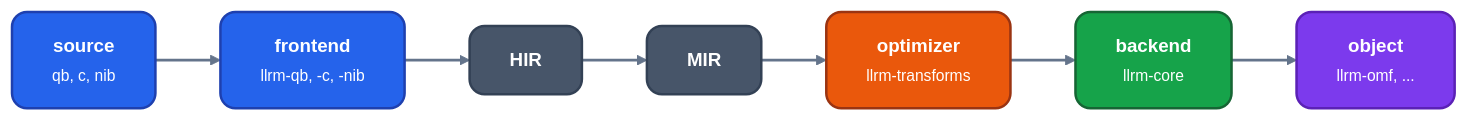
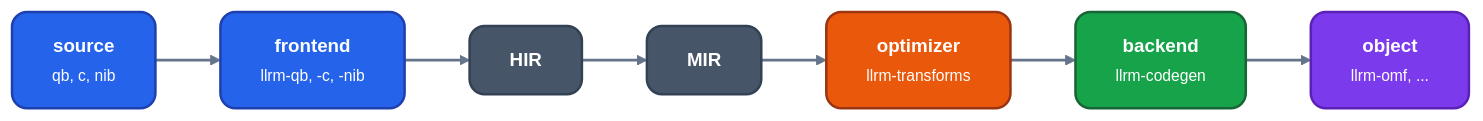
One commit to ali-mosavian/llrm changed the first of 4 diagrams in docs/reference/crates.md. Above: the diagram before and after it, drawn with Mermaid. The commit also changed other lines of this file and 820 other files, not shown here.

Commit message:
refactor(layout): llrm-core becomes crates/codegen/llrm-codegen

````diff
--- a/docs/reference/crates.md
+++ b/docs/reference/crates.md
@@ -11,23 +11,23 @@
 ```mermaid
 %%{init: {'theme':'base','themeVariables':{'fontFamily':'Segoe UI, Helvetica Neue, Arial, DejaVu Sans, sans-serif','fontSize':'15px','primaryColor':'#475569','primaryTextColor':'#ffffff','primaryBorderColor':'#334155','lineColor':'#64748b','secondaryColor':'#475569','tertiaryColor':'transparent','clusterBkg':'transparent','clusterBorder':'#64748b','edgeLabelBackground':'#334155','textColor':'#64748b','titleColor':'#64748b'},'flowchart':{'curve':'basis','nodeSpacing':38,'rankSpacing':52,'padding':16,'wrappingWidth':360,'htmlLabels':true,'useMaxWidth':true}}}%%
 flowchart LR
   classDef src fill:#2563eb,stroke:#1e40af,stroke-width:2px,color:#ffffff,rx:12px,ry:12px
   classDef mid fill:#475569,stroke:#334155,stroke-width:2px,color:#ffffff,rx:12px,ry:12px
   classDef opt fill:#ea580c,stroke:#9a3412,stroke-width:2px,color:#ffffff,rx:12px,ry:12px
   classDef out fill:#16a34a,stroke:#166534,stroke-width:2px,color:#ffffff,rx:12px,ry:12px
   classDef data fill:#7c3aed,stroke:#5b21b6,stroke-width:2px,color:#ffffff,rx:12px,ry:12px
   linkStyle default stroke:#64748b,stroke-width:2.2px
   src["<b>source</b><br/><small>qb, c, nib</small>"]:::src
   fe["<b>frontend</b><br/><small>llrm-qb, -c, -nib</small>"]:::src
   hir["<b>HIR</b>"]:::mid
   mir["<b>MIR</b>"]:::mid
   opt["<b>optimizer</b><br/><small>llrm-transforms</small>"]:::opt
-  be["<b>backend</b><br/><small>llrm-core</small>"]:::out
+  be["<b>backend</b><br/><small>llrm-codegen</small>"]:::out
   obj["<b>object</b><br/><small>llrm-omf, ...</small>"]:::data
   src --> fe
   fe --> hir
   hir --> mir
   mir --> opt
   opt --> be
   be --> obj
 ```
````
